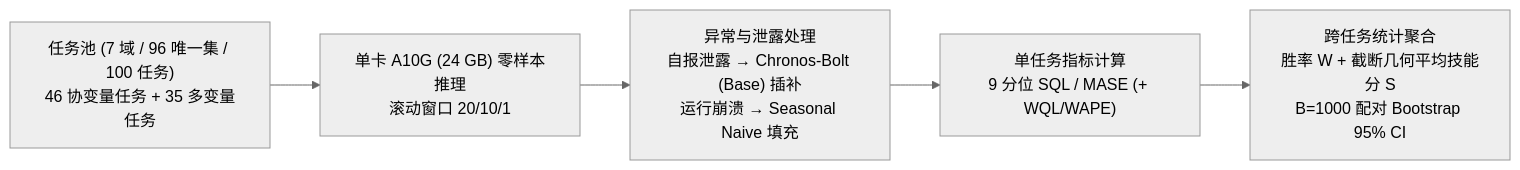
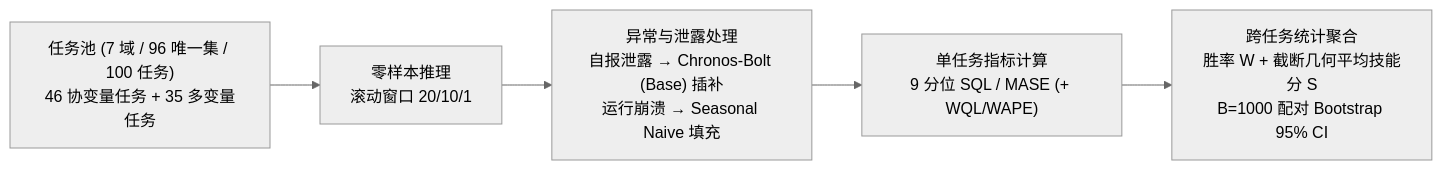
The diagram in wiki/fev-bench.md (hyperv0id/llm-wiki), drawn with Mermaid (neutral theme) before and after one commit. The commit also changed other lines of this file and 1 other file, not shown here.

````diff
--- a/wiki/fev-bench.md
+++ b/wiki/fev-bench.md
@@ -38,7 +38,7 @@
 ```mermaid
 flowchart LR
-    T["任务池 (7 域 / 96 唯一集 / 100 任务)<br/>46 协变量任务 + 35 多变量任务"] --> R["单卡 A10G (24 GB) 零样本推理<br/>滚动窗口 20/10/1"]
+    T["任务池 (7 域 / 96 唯一集 / 100 任务)<br/>46 协变量任务 + 35 多变量任务"] --> R["零样本推理<br/>滚动窗口 20/10/1"]
     R --> I["异常与泄露处理<br/>自报泄露 → Chronos-Bolt (Base) 插补<br/>运行崩溃 → Seasonal Naive 填充"]
     I --> M["单任务指标计算<br/>9 分位 SQL / MASE (+ WQL/WAPE)"]
     M --> A["跨任务统计聚合<br/>胜率 W + 截断几何平均技能分 S<br/>B=1000 配对 Bootstrap 95% CI"]
 ```
````
